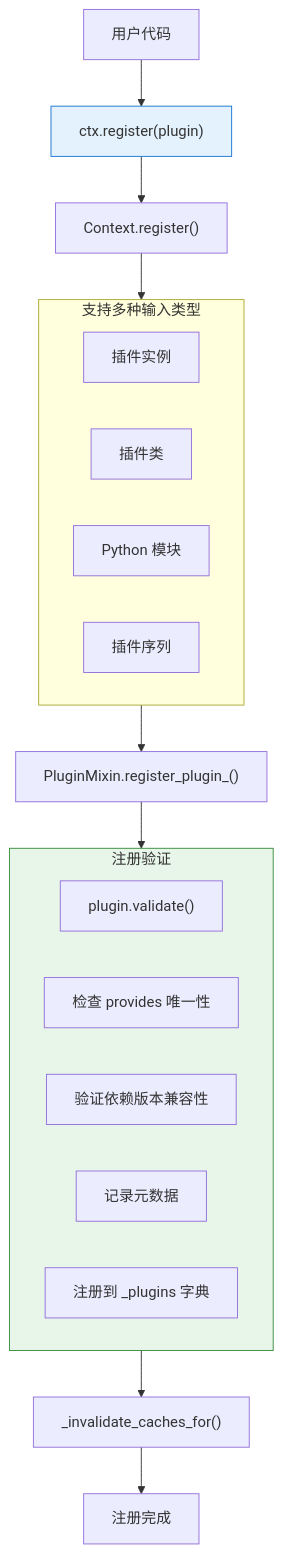
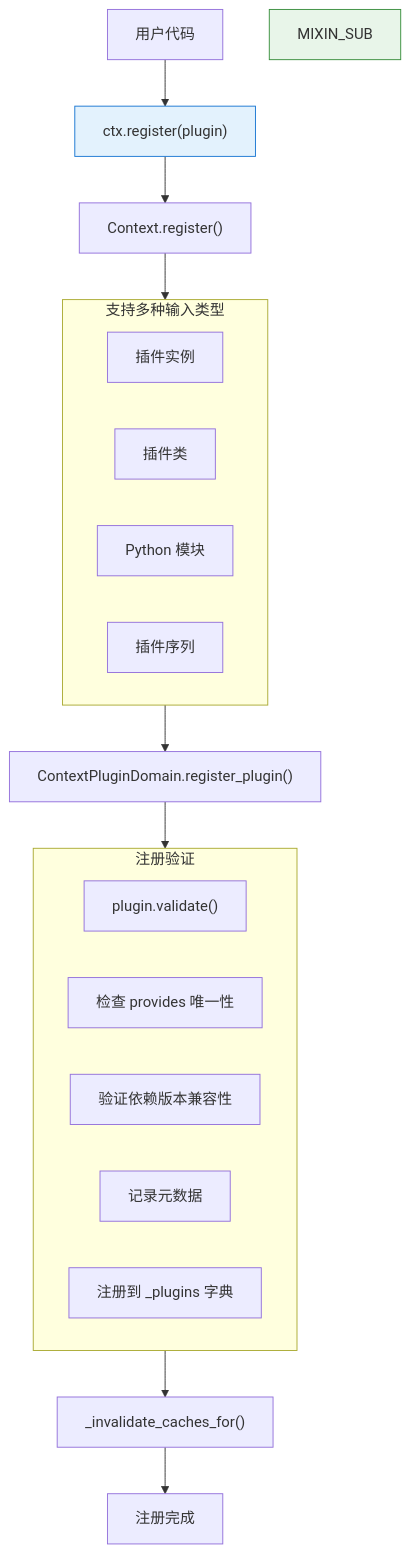
One commit to SnowingWolf/WaveformAnalysis changed the first of 5 diagrams in docs/architecture/ARCHITECTURE.md. Above: the diagram before and after it, drawn with Mermaid. The commit also changed other lines of this file and 28 other files, not shown here.

Commit message:
refactor: compose context plugin domain

````diff
--- a/docs/architecture/ARCHITECTURE.md
+++ b/docs/architecture/ARCHITECTURE.md
@@ -151,31 +151,31 @@
 ```mermaid
 flowchart TD
     USER["用户代码"] --> REG["ctx.register(plugin)"]
 
     REG --> PARSE["Context.register()"]
 
     subgraph PARSE_SUB["支持多种输入类型"]
         P1["插件实例"]
         P2["插件类"]
         P3["Python 模块"]
         P4["插件序列"]
     end
 
     PARSE --> PARSE_SUB
-    PARSE_SUB --> MIXIN["PluginMixin.register_plugin_()"]
+    PARSE_SUB --> DOMAIN["ContextPluginDomain.register_plugin()"]
 
-    subgraph MIXIN_SUB["注册验证"]
+    subgraph DOMAIN_SUB["注册验证"]
         V1["plugin.validate()"]
         V2["检查 provides 唯一性"]
         V3["验证依赖版本兼容性"]
         V4["记录元数据"]
         V5["注册到 _plugins 字典"]
     end
 
-    MIXIN --> MIXIN_SUB
-    MIXIN_SUB --> INVALIDATE["_invalidate_caches_for()"]
+    DOMAIN --> DOMAIN_SUB
+    DOMAIN_SUB --> INVALIDATE["_invalidate_caches_for()"]
     INVALIDATE --> DONE["注册完成"]
 
     style REG fill:#e3f2fd,stroke:#1976d2
     style MIXIN_SUB fill:#e8f5e9,stroke:#388e3c
 ```
````
